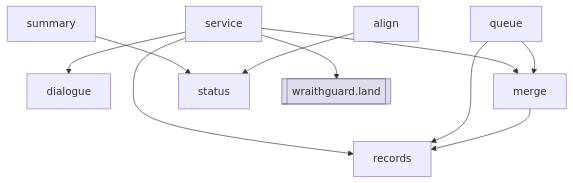
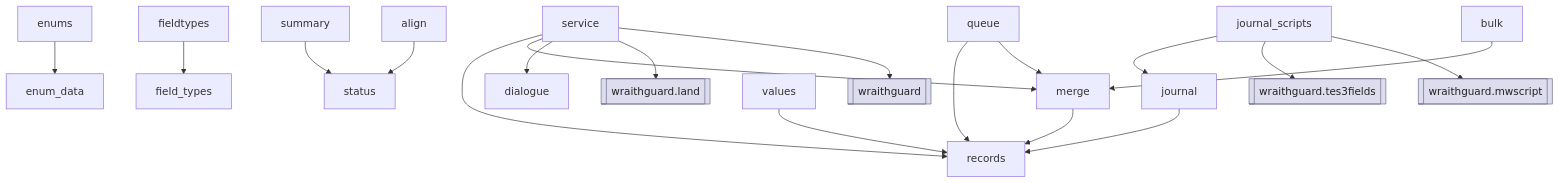
Before and after one commit to staticnation/WraithguardToolkit: diagram 17 of 39 in art/AST-calls.md, drawn with Mermaid. The commit also changed other lines of this file and 25 other files, not shown here.

````diff
--- a/art/AST-calls.md
+++ b/art/AST-calls.md
@@ -607,22 +1235,42 @@
 ```mermaid
 flowchart TD
   n_wraithguard_patch_align["align"]
+  n_wraithguard_patch_bulk["bulk"]
   n_wraithguard_patch_dialogue["dialogue"]
+  n_wraithguard_patch_enum_data["enum_data"]
+  n_wraithguard_patch_enums["enums"]
+  n_wraithguard_patch_field_types["field_types"]
+  n_wraithguard_patch_fieldtypes["fieldtypes"]
+  n_wraithguard_patch_journal["journal"]
+  n_wraithguard_patch_journal_scripts["journal_scripts"]
   n_wraithguard_patch_merge["merge"]
   n_wraithguard_patch_queue["queue"]
   n_wraithguard_patch_records["records"]
   n_wraithguard_patch_service["service"]
   n_wraithguard_patch_status["status"]
   n_wraithguard_patch_summary["summary"]
+  n_wraithguard_patch_values["values"]
   n_wraithguard_patch_align --> n_wraithguard_patch_status
+  n_wraithguard_patch_bulk --> n_wraithguard_patch_merge
+  n_wraithguard_patch_enums --> n_wraithguard_patch_enum_data
+  n_wraithguard_patch_fieldtypes --> n_wraithguard_patch_field_types
+  n_wraithguard_patch_journal --> n_wraithguard_patch_records
+  n_PKG_wraithguard_mwscript[["wraithguard.mwscript"]]:::pkglink
+  n_wraithguard_patch_journal_scripts --> n_PKG_wraithguard_mwscript
+  n_PKG_wraithguard_tes3fields[["wraithguard.tes3fields"]]:::pkglink
+  n_wraithguard_patch_journal_scripts --> n_PKG_wraithguard_tes3fields
+  n_wraithguard_patch_journal_scripts --> n_wraithguard_patch_journal
   n_wraithguard_patch_merge --> n_wraithguard_patch_records
   n_wraithguard_patch_queue --> n_wraithguard_patch_merge
   n_wraithguard_patch_queue --> n_wraithguard_patch_records
+  n_PKG_wraithguard[["wraithguard"]]:::pkglink
+  n_wraithguard_patch_service --> n_PKG_wraithguard
   n_PKG_wraithguard_land[["wraithguard.land"]]:::pkglink
   n_wraithguard_patch_service --> n_PKG_wraithguard_land
   n_wraithguard_patch_service --> n_wraithguard_patch_dialogue
   n_wraithguard_patch_service --> n_wraithguard_patch_merge
   n_wraithguard_patch_service --> n_wraithguard_patch_records
   n_wraithguard_patch_summary --> n_wraithguard_patch_status
-  classDef pkglink fill:#dde,stroke:#668
+  n_wraithguard_patch_values --> n_wraithguard_patch_records
+  classDef pkglink fill:#dde,stroke:#668,color:#222
 ```
````
